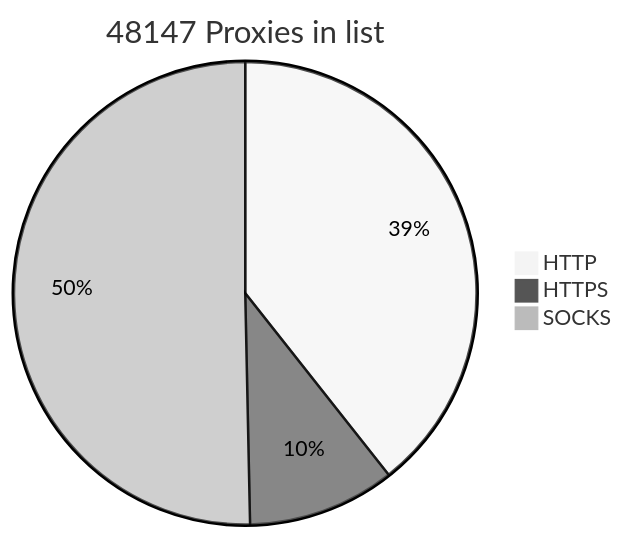
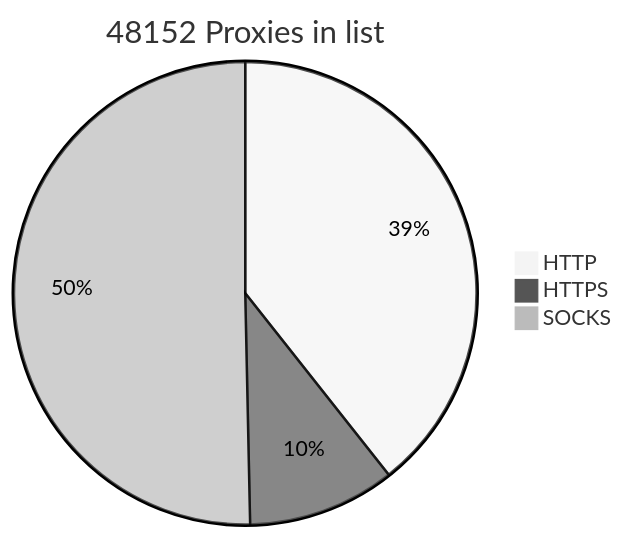
The diagram in README.md (BlackSnowDot/proxylist-update-every-minute), drawn with Mermaid (neutral theme) before and after one commit.

````diff
--- a/README.md
+++ b/README.md
@@ -2,6 +2,6 @@
 ```mermaid
-pie title 48147 Proxies in list
+pie title 48152 Proxies in list
     "HTTP" : 20840
     "HTTPS": 5460
-    "SOCKS" : 26652
+    "SOCKS" : 26657
 ```
````
